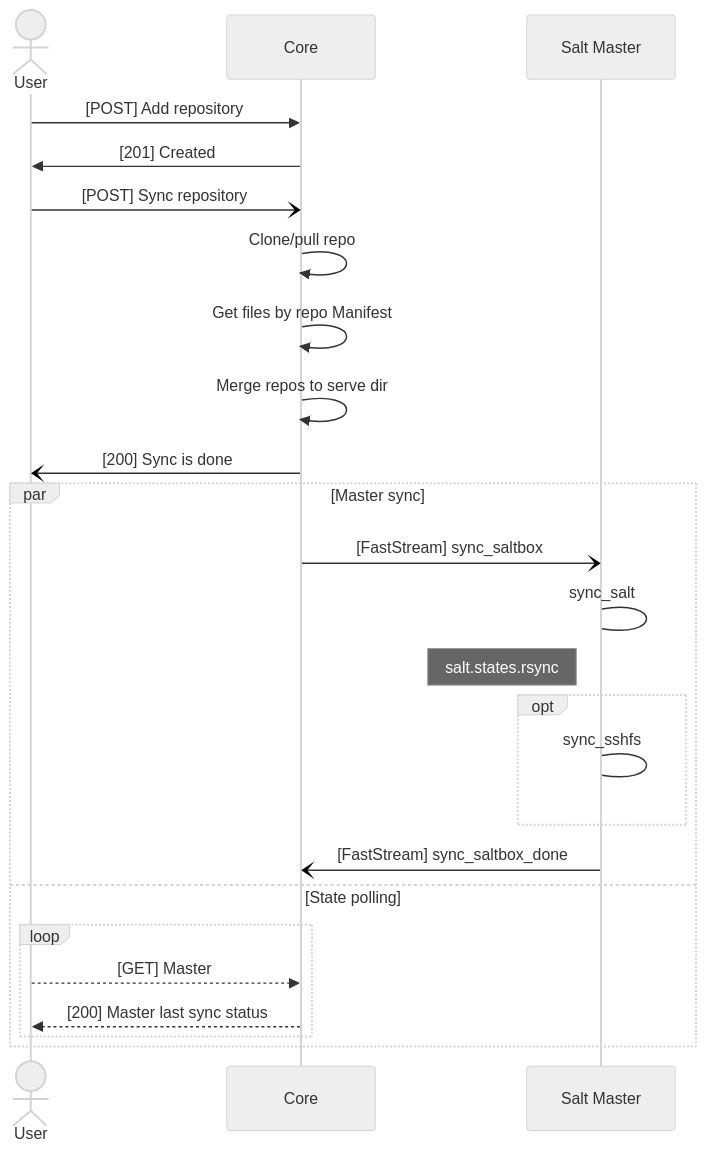
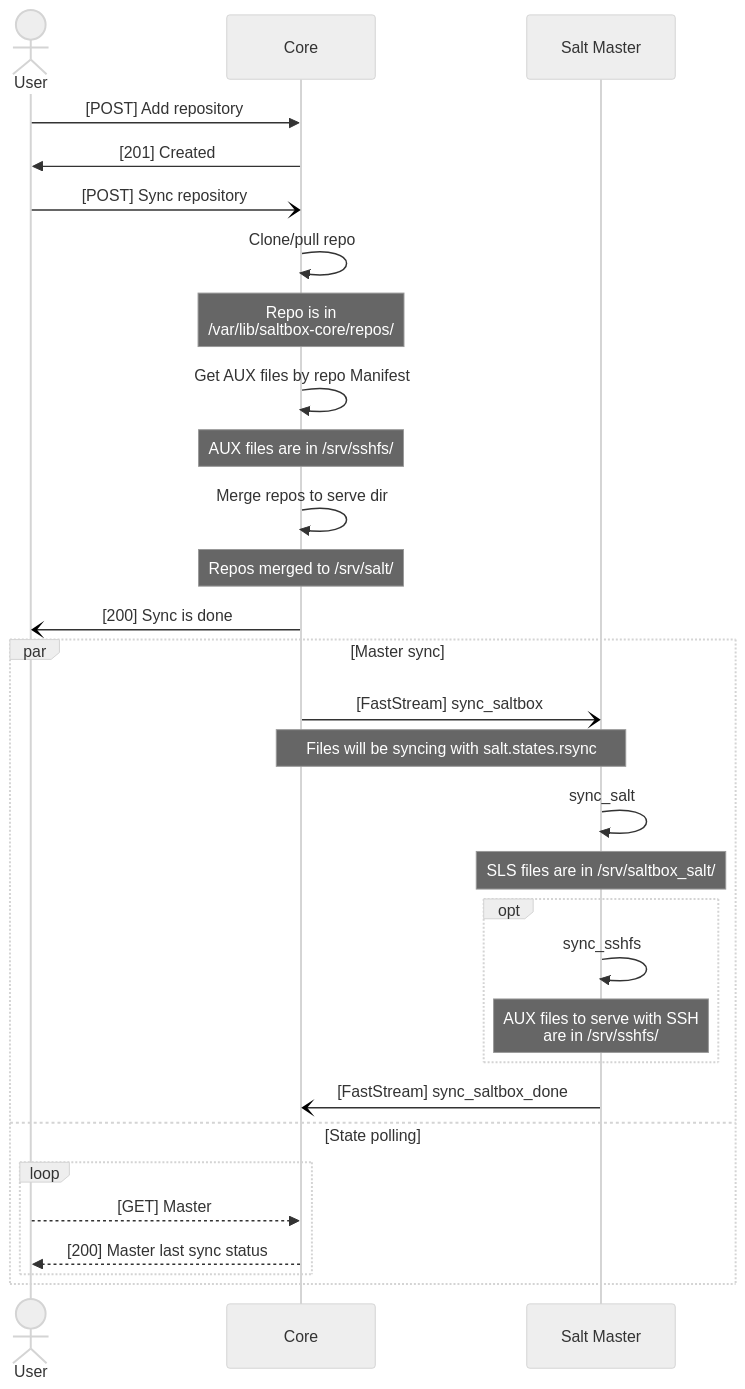
The first of 2 diagrams in common_flows.md (saltbox-pro/saltbox-core), drawn with Mermaid (neutral theme) before and after one commit. The commit also changed 2 other files, not shown here.

Commit message:
Specify file paths for repo sync diag

````diff
--- a/common_flows.md
+++ b/common_flows.md
@@ -7,30 +7,35 @@
 ```mermaid
 sequenceDiagram
   actor User
   participant Core
   participant Master as Salt Master
-  
+
   User ->> Core: [POST] Add repository
   Core ->> User: [201] Created
   User -) Core: [POST] Sync repository
   Core ->> Core: Clone/pull repo
-  Core ->> Core: Get files by repo Manifest
+  Note over Core: Repo is in<br>/var/lib/saltbox-core/repos/
+  Core ->> Core: Get AUX files by repo Manifest
+  Note over Core: AUX files are in /srv/sshfs/
   Core ->> Core: Merge repos to serve dir
-  
+  Note over Core: Repos merged to /srv/salt/
+
   Core -) User: [200] Sync is done
 
   par Master sync
     Core -) Master: [FastStream] sync_saltbox
-    Master -> Master: sync_salt
-    Note left of Master: salt.states.rsync
+    Note over Core,Master: Files will be syncing with salt.states.rsync
+    Master ->> Master: sync_salt
+    Note over Master: SLS files are in /srv/saltbox_salt/
     opt
-        Master -> Master: sync_sshfs
+        Master ->> Master: sync_sshfs
+        Note over Master: AUX files to serve with SSH<br>are in /srv/sshfs/
     end
     Master -) Core: [FastStream] sync_saltbox_done
   and State polling
     loop
         User -->> Core: [GET] Master
         Core -->> User: [200] Master last sync status
     end
   end
 ```
````
